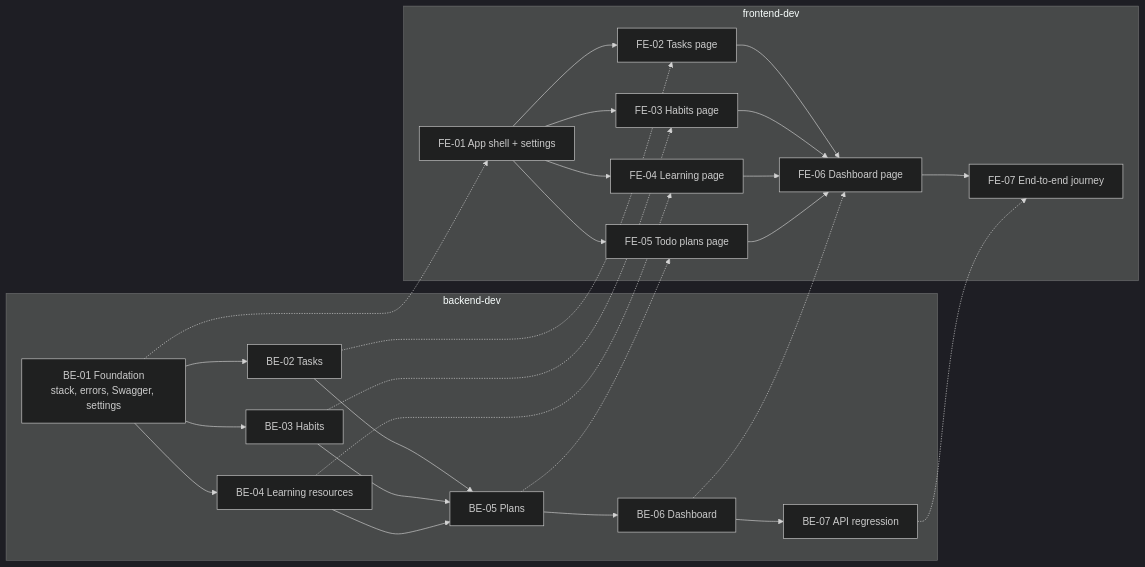
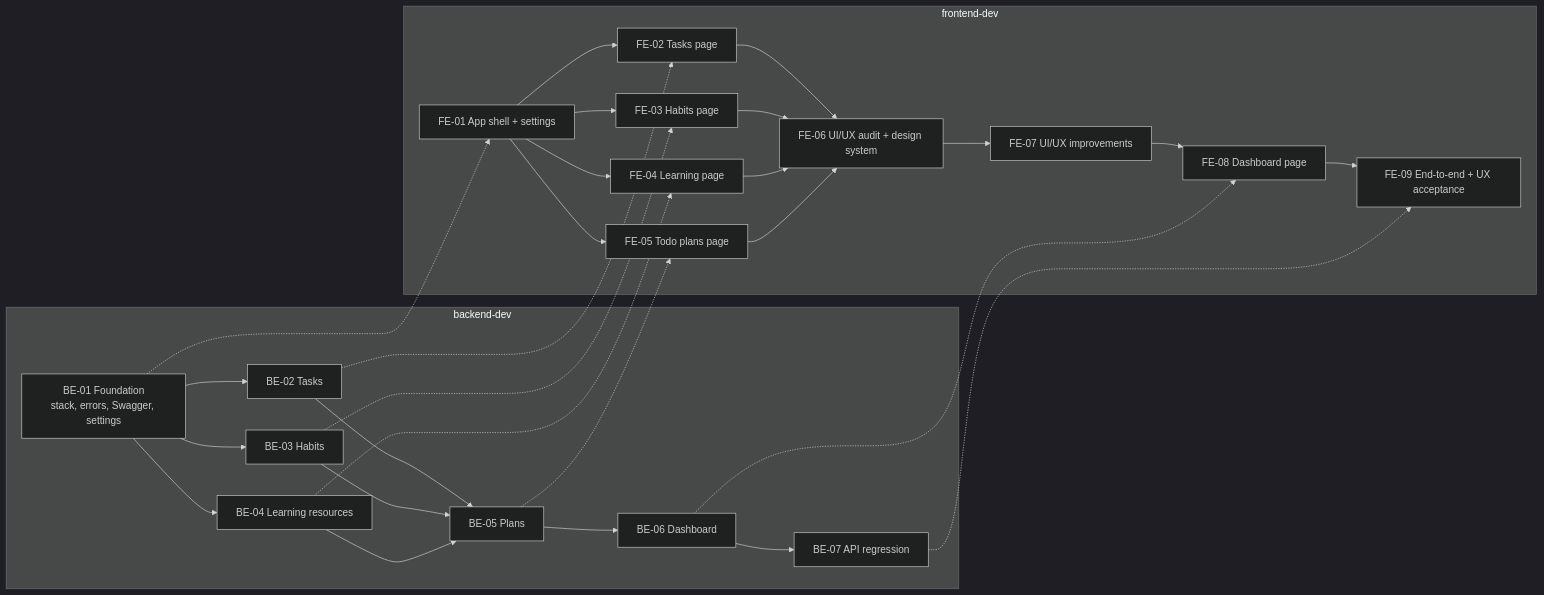
The diagram in loops/orchestrator/outputs/phase-02-dependency-graph.md (omarwt/quickflow), drawn with Mermaid (dark theme) before and after one commit. The commit also changed other lines of this file and 86 other files, not shown here.

````diff
--- a/loops/orchestrator/outputs/phase-02-dependency-graph.md
+++ b/loops/orchestrator/outputs/phase-02-dependency-graph.md
@@ -20,32 +20,34 @@
 ```mermaid
 flowchart LR
   subgraph backend-dev
     BE01[BE-01 Foundation<br/>stack, errors, Swagger, settings]
     BE02[BE-02 Tasks]
     BE03[BE-03 Habits]
     BE04[BE-04 Learning resources]
     BE05[BE-05 Plans]
     BE06[BE-06 Dashboard]
     BE07[BE-07 API regression]
   end
   subgraph frontend-dev
     FE01[FE-01 App shell + settings]
     FE02[FE-02 Tasks page]
     FE03[FE-03 Habits page]
     FE04[FE-04 Learning page]
     FE05[FE-05 Todo plans page]
-    FE06[FE-06 Dashboard page]
-    FE07[FE-07 End-to-end journey]
+    FE06[FE-06 UI/UX audit + design system]
+    FE07[FE-07 UI/UX improvements]
+    FE08[FE-08 Dashboard page]
+    FE09[FE-09 End-to-end + UX acceptance]
   end
   BE01 --> BE02 & BE03 & BE04
   BE02 & BE03 & BE04 --> BE05 --> BE06 --> BE07
   FE01 --> FE02 & FE03 & FE04 & FE05
-  FE02 & FE03 & FE04 & FE05 --> FE06 --> FE07
+  FE02 & FE03 & FE04 & FE05 --> FE06 --> FE07 --> FE08 --> FE09
   BE01 -.-> FE01
   BE02 -.-> FE02
   BE03 -.-> FE03
   BE04 -.-> FE04
   BE05 -.-> FE05
-  BE06 -.-> FE06
-  BE07 -.-> FE07
+  BE06 -.-> FE08
+  BE07 -.-> FE09
 ```
````
